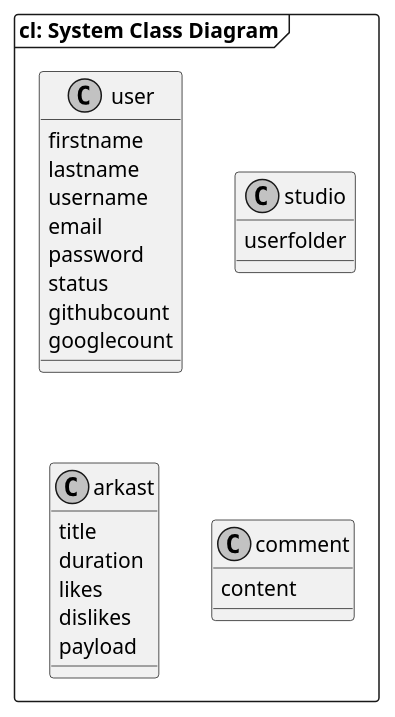
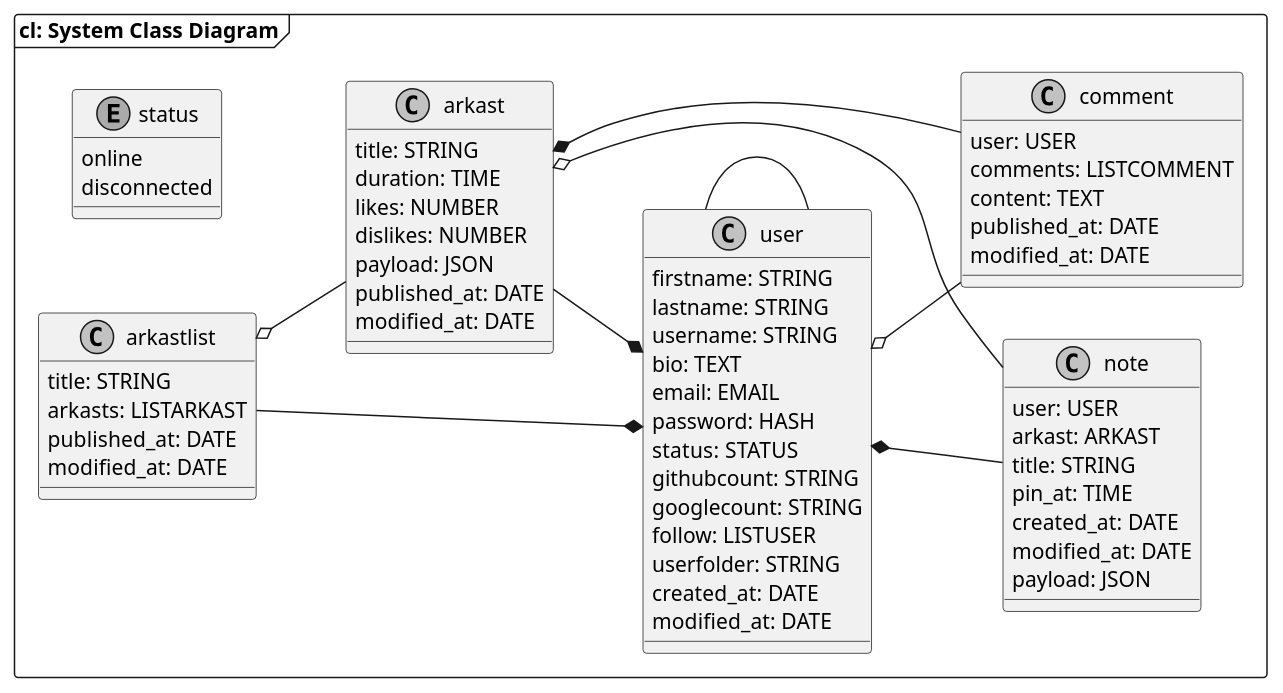
Before and after one commit to SSMM0498/arkad-conception: the diagram in models/4.Class/3.system.puml, drawn with PlantUML. The commit also changed 5 other files, not shown here.

```diff
--- a/models/4.Class/3.system.puml
+++ b/models/4.Class/3.system.puml
@@ -1,61 +1,73 @@
 @startuml "System Class Diagram"
+left to right direction
 skinparam shadowing false
 skinparam monochrome true
 
 frame "cl: System Class Diagram" {
     class user {
-        firstname
-        lastname
-        username
-        email
-        password
-        status
-        githubcount
-        googlecount
+        firstname: STRING
+        lastname: STRING
+        username: STRING
+        bio: TEXT
+        email: EMAIL
+        password: HASH
+        status: STATUS
+        githubcount: STRING
+        googlecount: STRING
+        follow: LISTUSER
+        userfolder: STRING
+        created_at: DATE
+        modified_at: DATE
     }
 
-    class studio {
-        userfolder
+    enum status {
+        online
+        disconnected
     }
 
     class arkast {
-        title
-        duration
-        likes
-        dislikes
-        payload
+        title: STRING
+        duration: TIME
+        likes: NUMBER
+        dislikes: NUMBER
+        payload: JSON
+        published_at: DATE
+        modified_at: DATE
+    }
+
+    class note {
+        user: USER
+        arkast: ARKAST
+        title: STRING
+        pin_at: TIME
+        created_at: DATE
+        modified_at: DATE
+        payload: JSON
+    }
+
+    class arkastlist {
+        title: STRING
+        arkasts: LISTARKAST
+        published_at: DATE
+        modified_at: DATE
     }
 
     class comment {
-        content
+        user: USER
+        comments: LISTCOMMENT
+        content: TEXT
+        published_at: DATE
+        modified_at: DATE
     }
-    ' abstract AbstractCollection
-    ' interface List
-    ' interface Collection
 
-    ' List <|-- AbstractList
-    ' Collection <|-- AbstractCollection
-
-    ' Collection <|- List
-    ' AbstractCollection <|- AbstractList
-    ' AbstractList <|-- ArrayList
-
-    ' class ArrayList {
-    '     Object[] elementData
-    '     size()
-    ' }
-
-    ' enum TimeUnit {
-    '     DAYS
-    '     HOURS
-    '     MINUTES
-    ' }
-    
-    ' Object <|-- ArrayList
-
-    ' Object : equals()
-    ' ArrayList : Object[] elementData
-    ' ArrayList : size()
+    user -- user
+    arkastlist --* user
+    arkast o-- note
+    arkastlist o-- arkast
+    user o-- comment
+    arkast *-- comment
+    arkast --* user
+    user *-- note
 }
 
 @enduml
```
